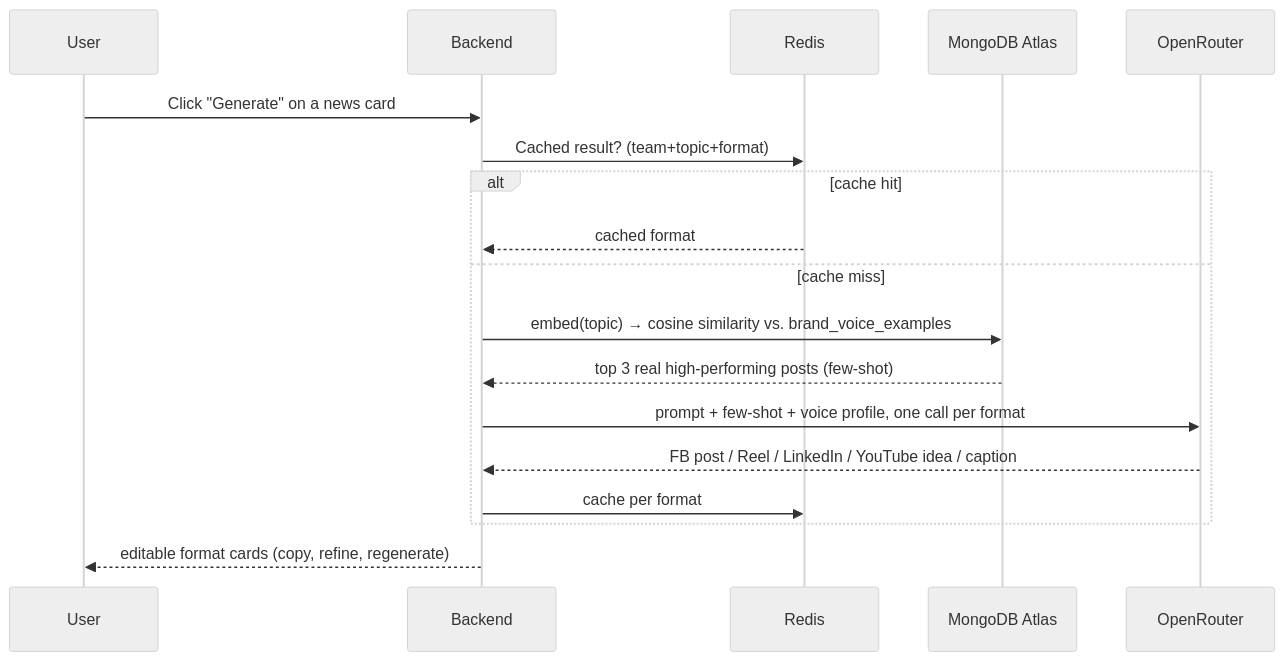
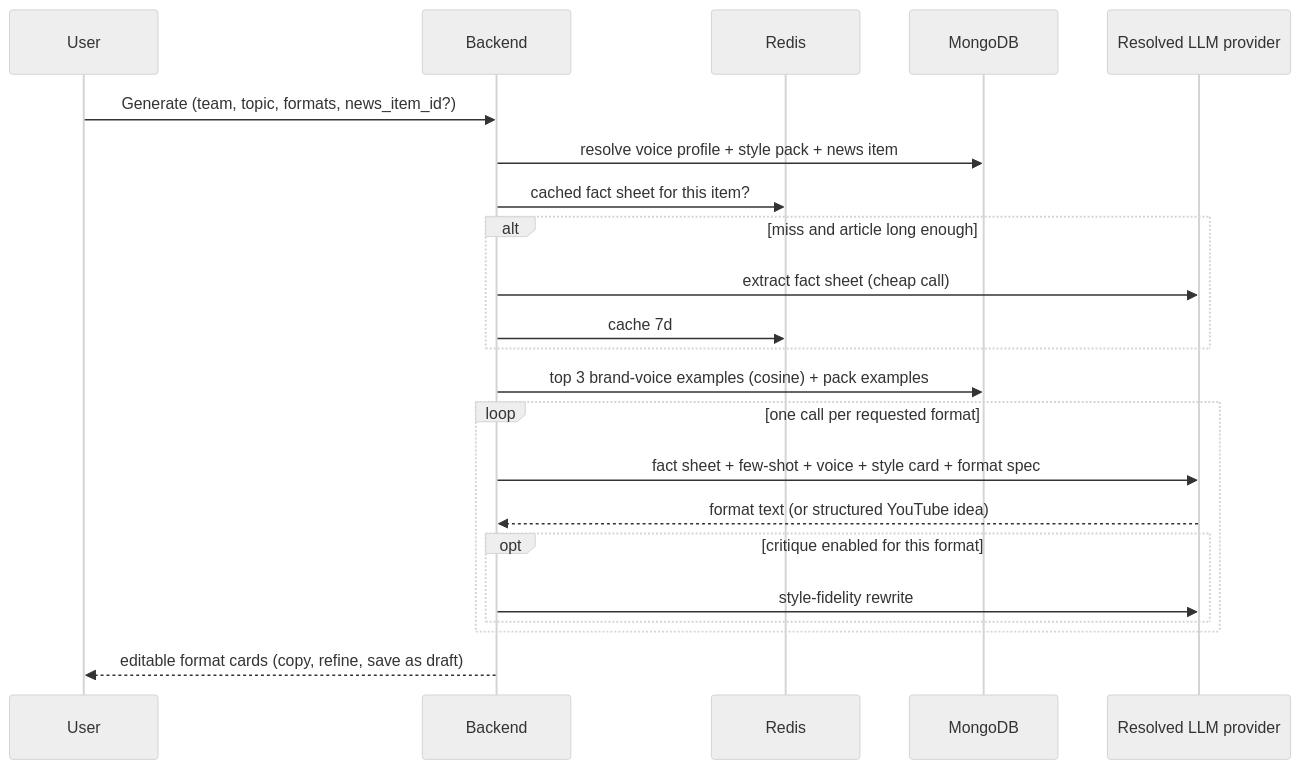
Before and after one commit to Farsit-007/AI-Content-Trend-Recommendation: the second of 2 diagrams in README.md, drawn with Mermaid (neutral theme). The commit also changed other lines of this file and 65 other files, not shown here.

First line of the commit message:
chore: production hardening + per-team relevance scoring

````diff
--- a/README.md
+++ b/README.md
@@ -149,21 +263,25 @@
 ```mermaid
 sequenceDiagram
     participant U as User
     participant API as Backend
     participant R as Redis
-    participant M as MongoDB Atlas
-    participant O as OpenRouter
+    participant M as MongoDB
+    participant P as Resolved LLM provider
 
-    U->>API: Click "Generate" on a news card
-    API->>R: Cached result? (team+topic+format)
-    alt cache hit
-        R-->>API: cached format
-    else cache miss
-        API->>M: embed(topic) → cosine similarity vs. brand_voice_examples
-        M-->>API: top 3 real high-performing posts (few-shot)
-        API->>O: prompt + few-shot + voice profile, one call per format
-        O-->>API: FB post / Reel / LinkedIn / YouTube idea / caption
-        API->>R: cache per format
+    U->>API: Generate (team, topic, formats, news_item_id?)
+    API->>M: resolve voice profile + style pack + news item
+    API->>R: cached fact sheet for this item?
+    alt miss and article long enough
+        API->>P: extract fact sheet (cheap call)
+        API->>R: cache 7d
     end
-    API-->>U: editable format cards (copy, refine, regenerate)
+    API->>M: top 3 brand-voice examples (cosine) + pack examples
+    loop one call per requested format
+        API->>P: fact sheet + few-shot + voice + style card + format spec
+        P-->>API: format text (or structured YouTube idea)
+        opt critique enabled for this format
+            API->>P: style-fidelity rewrite
+        end
+    end
+    API-->>U: editable format cards (copy, refine, save as draft)
 ```
````
